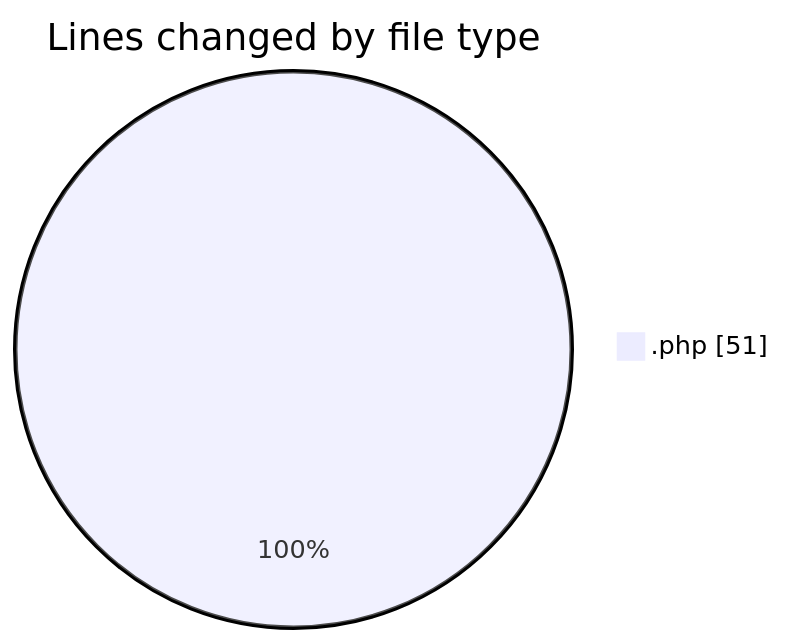
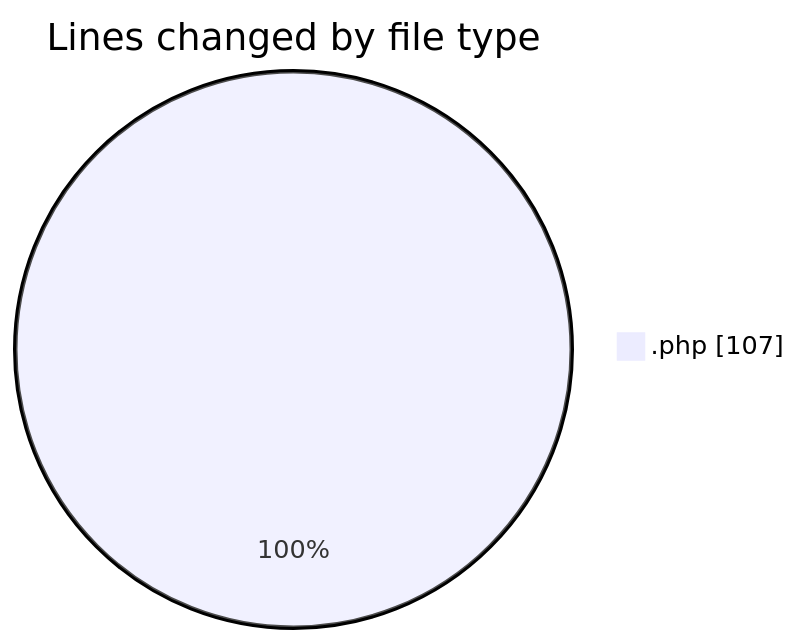
One commit to debugP/code-tracking changed the first of 2 diagrams in 2025-09-23/plugins/README.md. Above: the diagram before and after it, drawn with Mermaid. The commit also changed other lines of this file and 1 other file, not shown here.

````diff
--- a/2025-09-23/plugins/README.md
+++ b/2025-09-23/plugins/README.md
@@ -20,5 +20,5 @@
 ```mermaid
 pie showData
 title Lines changed by file type
-".php" : 51
+".php" : 107
 ```
````
